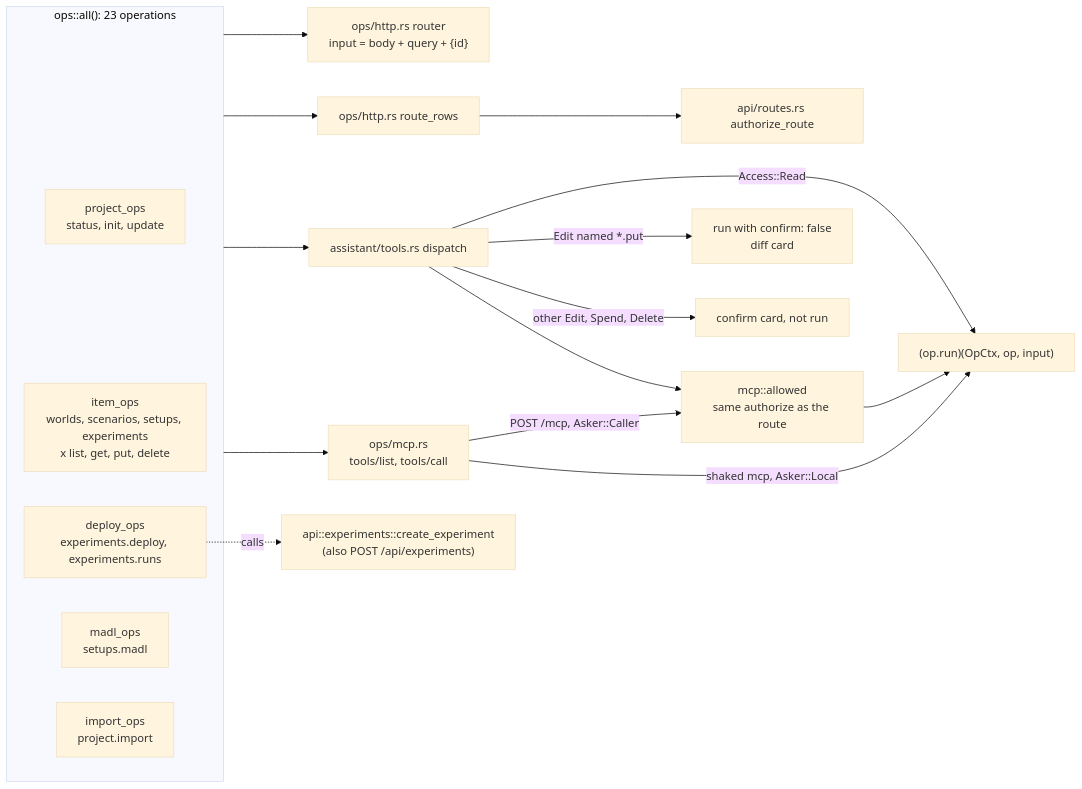
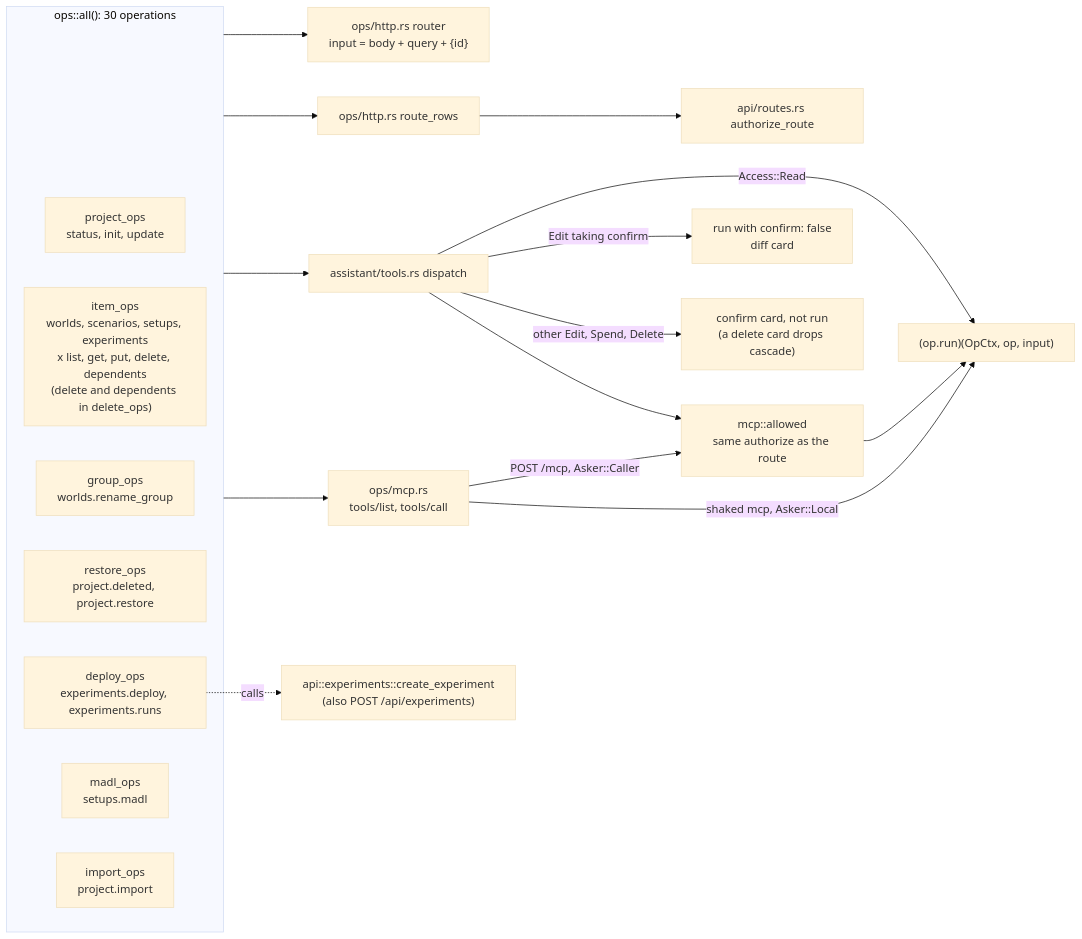
Before and after one commit to CopperTide/Shakedown: the second of 4 diagrams in docs/internals/api-and-ops.md, drawn with Mermaid (base theme). The commit also changed other lines of this file and 74 other files, not shown here.

````diff
--- a/docs/internals/api-and-ops.md
+++ b/docs/internals/api-and-ops.md
@@ -110,23 +110,25 @@
 ```mermaid
 flowchart LR
-    subgraph registry["ops::all(): 23 operations"]
+    subgraph registry["ops::all(): 30 operations"]
       P["project_ops<br/>status, init, update"]
-      I["item_ops<br/>worlds, scenarios, setups, experiments<br/>x list, get, put, delete"]
+      I["item_ops<br/>worlds, scenarios, setups, experiments<br/>x list, get, put, delete, dependents<br/>(delete and dependents in delete_ops)"]
+      G["group_ops<br/>worlds.rename_group"]
+      R["restore_ops<br/>project.deleted, project.restore"]
       D["deploy_ops<br/>experiments.deploy, experiments.runs"]
       M["madl_ops<br/>setups.madl"]
       X["import_ops<br/>project.import"]
     end
     registry --> HTTP["ops/http.rs router<br/>input = body + query + {id}"]
     registry --> ROWS["ops/http.rs route_rows"]
     ROWS --> AR["api/routes.rs authorize_route"]
     registry --> MCP["ops/mcp.rs<br/>tools/list, tools/call"]
     MCP -->|"POST /mcp, Asker::Caller"| AL["mcp::allowed<br/>same authorize as the route"]
     MCP -->|"shaked mcp, Asker::Local"| RUN
     registry --> AS["assistant/tools.rs dispatch"]
     AS --> AL
     AL --> RUN["(op.run)(OpCtx, op, input)"]
     AS -->|"Access::Read"| RUN
-    AS -->|"Edit named *.put"| PROP["run with confirm: false<br/>diff card"]
-    AS -->|"other Edit, Spend, Delete"| HOLD["confirm card, not run"]
+    AS -->|"Edit taking confirm"| PROP["run with confirm: false<br/>diff card"]
+    AS -->|"other Edit, Spend, Delete"| HOLD["confirm card, not run<br/>(a delete card drops cascade)"]
     D -.->|calls| CE["api::experiments::create_experiment<br/>(also POST /api/experiments)"]
 ```
````
